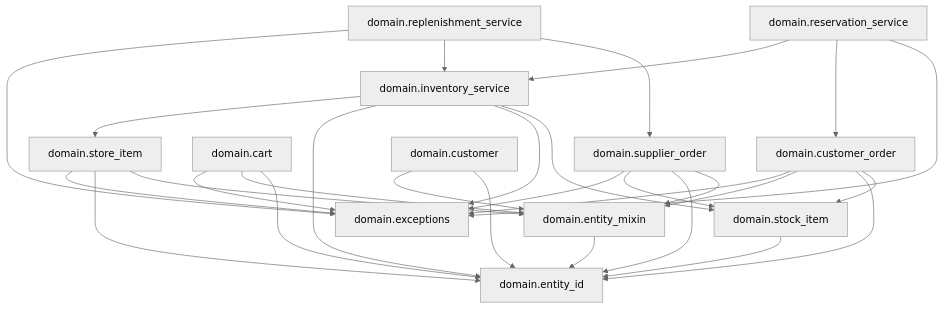
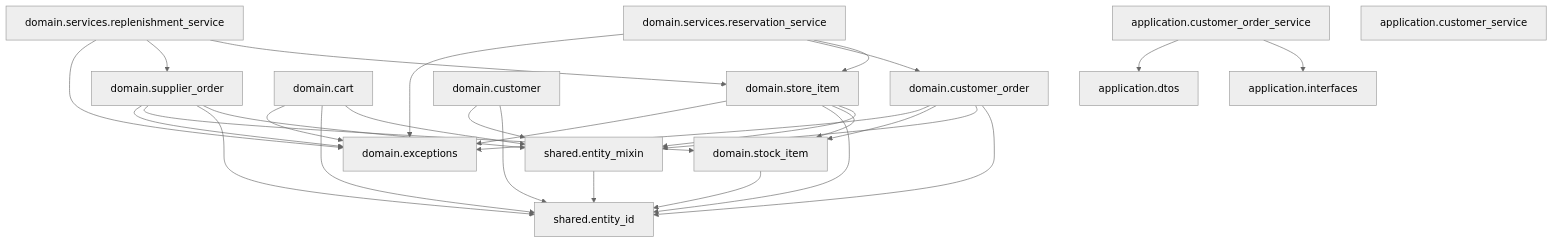
One commit to Frassorini/shop_project changed the diagram in tach_module_graph.mmd. Above: the diagram before and after it, drawn with Mermaid (neutral theme). The commit also changed 15 other files, not shown here.

```diff
--- a/tach_module_graph.mmd
+++ b/tach_module_graph.mmd
@@ -1,31 +1,33 @@
 graph TD
     domain.supplier_order --> domain.exceptions
     domain.supplier_order --> domain.stock_item
-    domain.supplier_order --> domain.entity_id
-    domain.supplier_order --> domain.entity_mixin
+    domain.supplier_order --> shared.entity_id
+    domain.supplier_order --> shared.entity_mixin
     domain.store_item --> domain.exceptions
-    domain.store_item --> domain.entity_id
-    domain.store_item --> domain.entity_mixin
+    domain.store_item --> shared.entity_id
+    domain.store_item --> domain.stock_item
+    domain.store_item --> shared.entity_mixin
     domain.cart --> domain.exceptions
-    domain.cart --> domain.entity_mixin
-    domain.cart --> domain.entity_id
+    domain.cart --> shared.entity_id
+    domain.cart --> shared.entity_mixin
     domain.customer_order --> domain.exceptions
-    domain.customer_order --> domain.entity_mixin
-    domain.customer_order --> domain.entity_id
     domain.customer_order --> domain.stock_item
-    domain.customer --> domain.entity_mixin
-    domain.customer --> domain.entity_id
-    domain.inventory_service --> domain.store_item
-    domain.inventory_service --> domain.entity_id
-    domain.inventory_service --> domain.exceptions
-    domain.inventory_service --> domain.stock_item
-    domain.replenishment_service --> domain.exceptions
-    domain.replenishment_service --> domain.inventory_service
-    domain.replenishment_service --> domain.supplier_order
-    domain.stock_item --> domain.entity_id
-    domain.entity_mixin --> domain.entity_id
-    domain.reservation_service --> domain.inventory_service
-    domain.reservation_service --> domain.customer_order
-    domain.reservation_service --> domain.exceptions
+    domain.customer_order --> shared.entity_mixin
+    domain.customer_order --> shared.entity_id
+    domain.customer --> shared.entity_mixin
+    domain.customer --> shared.entity_id
+    domain.stock_item --> shared.entity_id
+    shared.entity_mixin --> shared.entity_id
+    domain.services.reservation_service --> domain.exceptions
+    domain.services.reservation_service --> domain.customer_order
+    domain.services.reservation_service --> domain.store_item
+    domain.services.replenishment_service --> domain.exceptions
+    domain.services.replenishment_service --> domain.supplier_order
+    domain.services.replenishment_service --> domain.store_item
+    application.customer_order_service --> application.dtos
+    application.customer_order_service --> application.interfaces
     domain.exceptions
-    domain.entity_id
+    application.dtos
+    application.customer_service
+    shared.entity_id
+    application.interfaces
```
